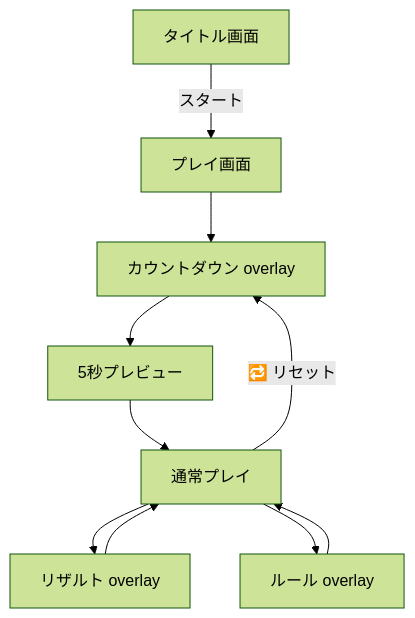
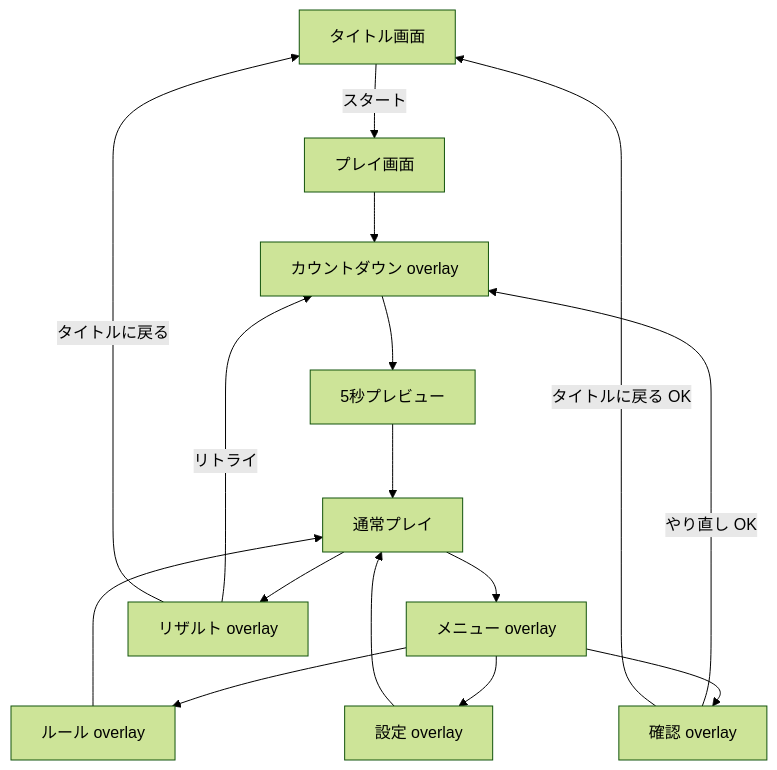
The diagram in docs/design/play-screen.md (iretdx-hiroto-ishii/MEMORY_GAME), drawn with Mermaid (forest theme) before and after one commit. The commit also changed other lines of this file and 9 other files, not shown here.

````diff
--- a/docs/design/play-screen.md
+++ b/docs/design/play-screen.md
@@ -58,12 +57,18 @@
 ```mermaid
 flowchart TD
   T[タイトル画面] -->|スタート| P[プレイ画面]
   P --> C[カウントダウン overlay]
   C --> V[5秒プレビュー]
   V --> G[通常プレイ]
+  G --> M[メニュー overlay]
+  M --> CF[確認 overlay]
+  M --> RL[ルール overlay]
+  M --> S[設定 overlay]
   G --> R[リザルト overlay]
-  G --> RL[ルール overlay]
+  R -->|リトライ| C
+  R -->|タイトルに戻る| T
+  CF -->|やり直し OK| C
+  CF -->|タイトルに戻る OK| T
   RL --> G
-  R --> G
-  G -->|🔁 リセット| C
+  S --> G
 ```
````
